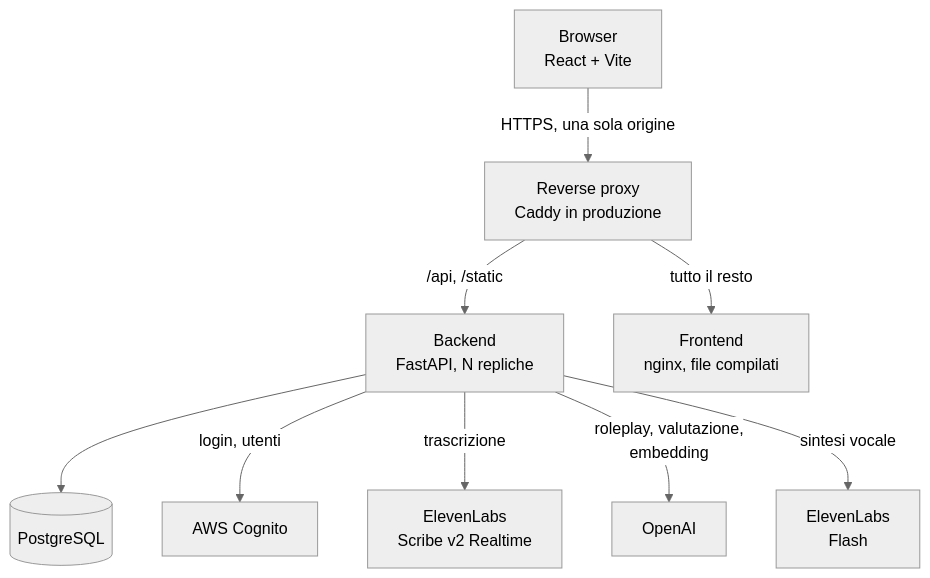
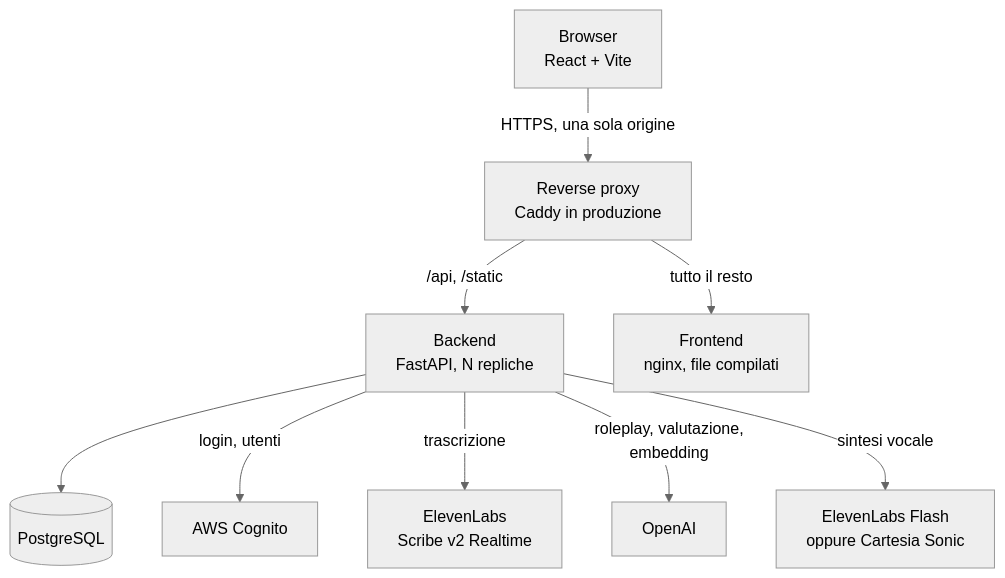
The first of 2 diagrams in docs/architettura.md (DavideZanellato99/SkillLab), drawn with Mermaid (neutral theme) before and after one commit. The commit also changed other lines of this file and 33 other files, not shown here.

````diff
--- a/docs/architettura.md
+++ b/docs/architettura.md
@@ -10,11 +10,11 @@
 ```mermaid
 flowchart TD
     B["Browser<br/>React + Vite"] -->|HTTPS, una sola origine| P["Reverse proxy<br/>Caddy in produzione"]
     P -->|"/api, /static"| BE["Backend<br/>FastAPI, N repliche"]
     P -->|"tutto il resto"| FE["Frontend<br/>nginx, file compilati"]
     BE --> DB[("PostgreSQL")]
     BE -->|"login, utenti"| CG["AWS Cognito"]
     BE -->|"trascrizione"| EL["ElevenLabs<br/>Scribe v2 Realtime"]
     BE -->|"roleplay, valutazione,<br/>embedding"| OA["OpenAI"]
-    BE -->|"sintesi vocale"| CA["ElevenLabs<br/>Flash"]
+    BE -->|"sintesi vocale"| CA["ElevenLabs Flash<br/>oppure Cartesia Sonic"]
 ```
````
